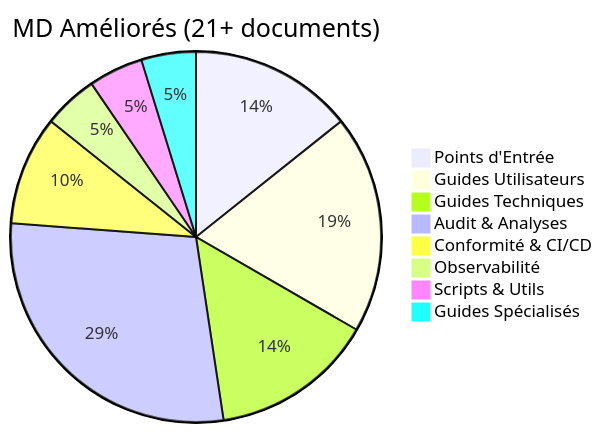
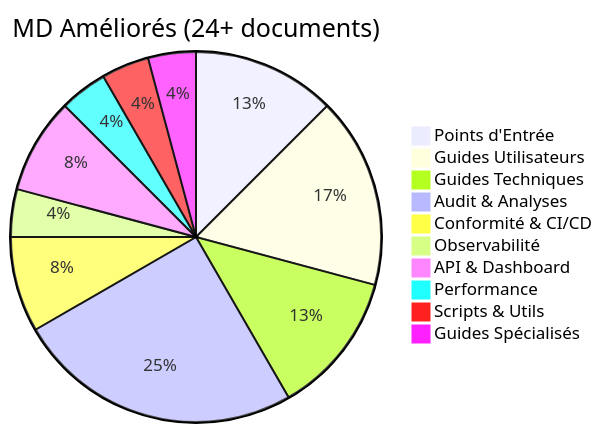
The first of 3 diagrams in docs/RESUME_AMELIORATIONS_MD_VISUEL.md (arkalia-luna-system/bbia-sim), drawn with Mermaid before and after one commit. The commit also changed other lines of this file, not shown here.

Commit message:
docs: mise à jour récapitulatif final avec 24+ documents

````diff
--- a/docs/RESUME_AMELIORATIONS_MD_VISUEL.md
+++ b/docs/RESUME_AMELIORATIONS_MD_VISUEL.md
@@ -12,11 +12,13 @@
 ```mermaid
-pie title MD Améliorés (21+ documents)
+pie title MD Améliorés (24+ documents)
     "Points d'Entrée" : 3
     "Guides Utilisateurs" : 4
     "Guides Techniques" : 3
     "Audit & Analyses" : 6
     "Conformité & CI/CD" : 2
     "Observabilité" : 1
+    "API & Dashboard" : 2
+    "Performance" : 1
     "Scripts & Utils" : 1
     "Guides Spécialisés" : 1
 ```
````
